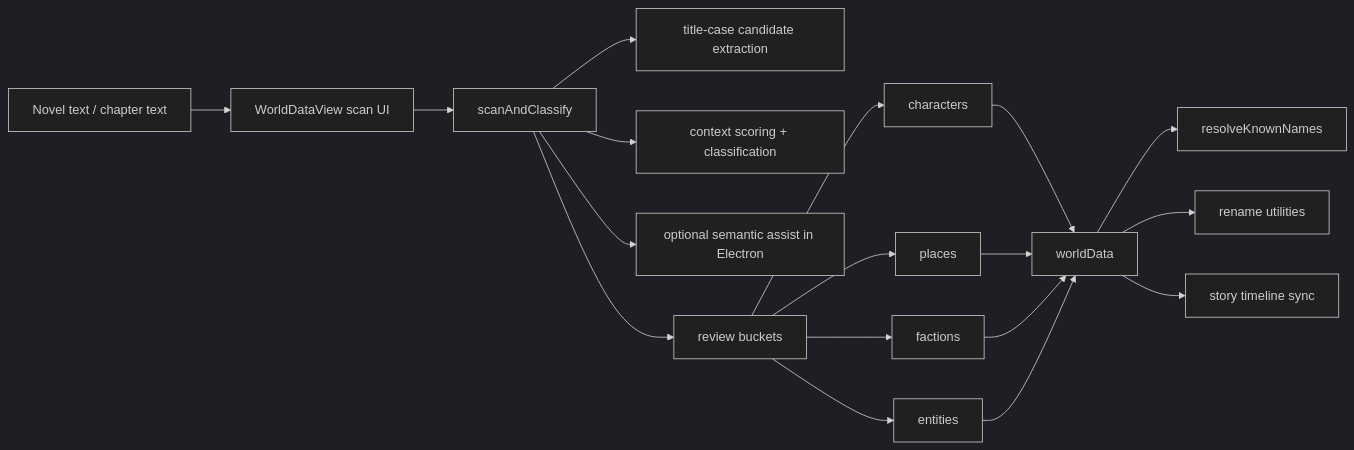
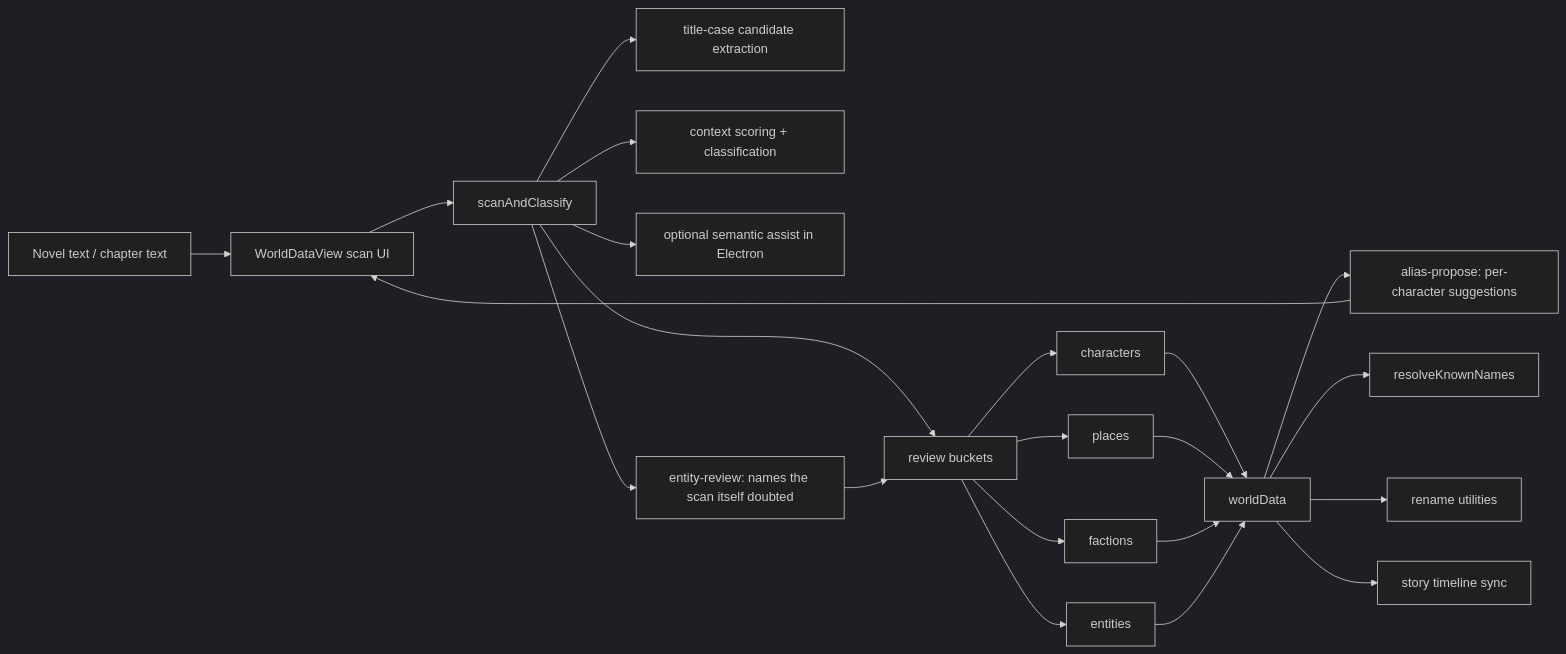
The fifth of 13 diagrams in README.md (Piyakorn2112/LATENT-WRITE), drawn with Mermaid (dark theme) before and after one commit. The commit also changed other lines of this file and 1 other file, not shown here.

````diff
--- a/README.md
+++ b/README.md
@@ -273,23 +361,27 @@
 ```mermaid
 flowchart LR
     A[Novel text / chapter text] --> B[WorldDataView scan UI]
     B --> C[scanAndClassify]
     C --> D[title-case candidate extraction]
     C --> E[context scoring + classification]
     C --> F[optional semantic assist in Electron]
     C --> G[review buckets]
+    C --> R1["entity-review: names the scan itself doubted"]
+    R1 --> G
+    L --> AL["alias-propose: per-character suggestions"]
+    AL --> B
 
     G --> H[characters]
     G --> I[places]
     G --> J[factions]
     G --> K[entities]
 
     H --> L[worldData]
     I --> L
     J --> L
     K --> L
 
     L --> M[resolveKnownNames]
     L --> N[rename utilities]
     L --> O[story timeline sync]
 ```
````
